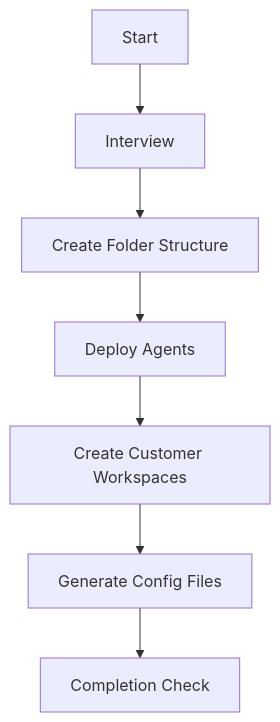
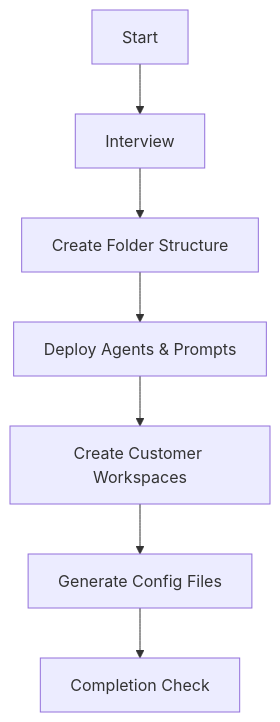
The diagram in biz-ops-setup/SKILL.md (aktsmm/Agent-Skills), drawn with Mermaid before and after one commit. The commit also changed other lines of this file and 17 other files, not shown here.

````diff
--- a/biz-ops-setup/SKILL.md
+++ b/biz-ops-setup/SKILL.md
@@ -29,9 +29,9 @@
 ```mermaid
 graph TD
     A[Start] --> B[Interview]
     B --> C[Create Folder Structure]
-    C --> D[Deploy Agents]
+    C --> D[Deploy Agents & Prompts]
     D --> E[Create Customer Workspaces]
     E --> F[Generate Config Files]
     F --> G[Completion Check]
 ```
````
